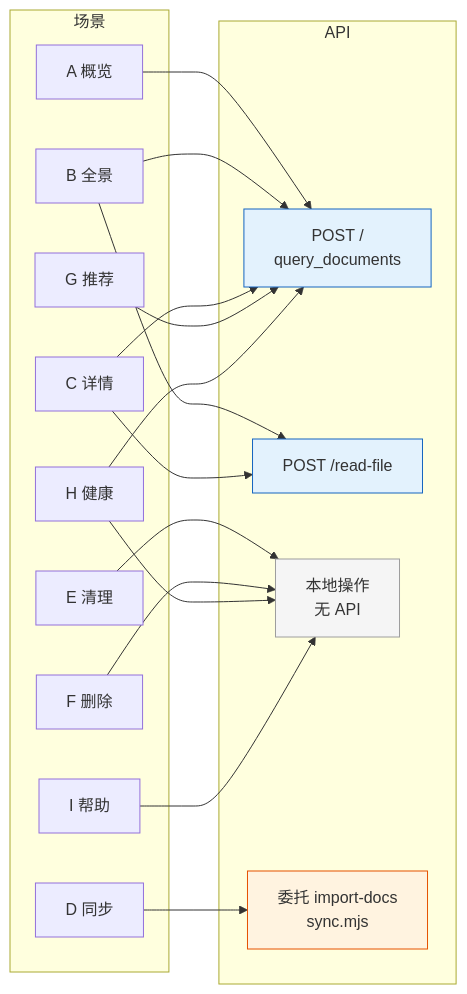
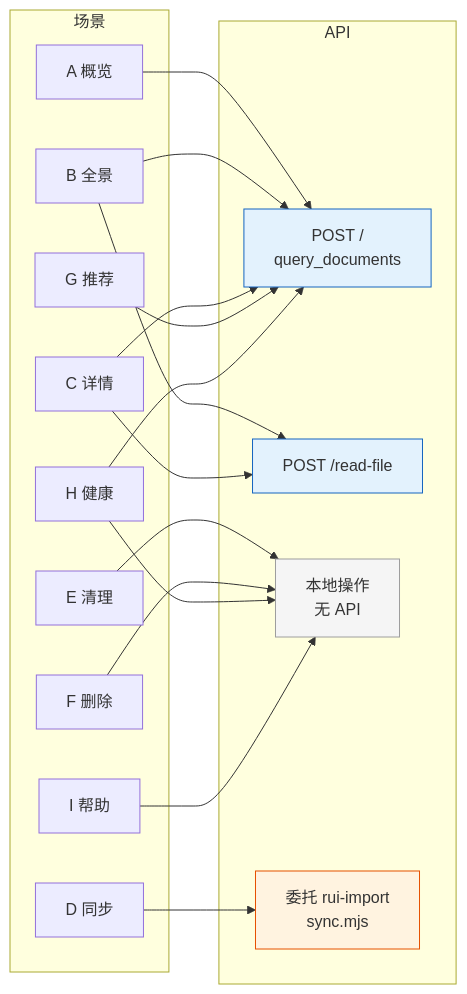
Diagram 11 of 11 in docs/故事任务面板/rui-story/YrY-使用场景.md (effiy/YrY), drawn with Mermaid before and after one commit. The commit also changed other lines of this file and 41 other files, not shown here.

````diff
--- a/docs/故事任务面板/rui-story/YrY-使用场景.md
+++ b/docs/故事任务面板/rui-story/YrY-使用场景.md
@@ -646,41 +646,41 @@
 ```mermaid
 flowchart LR
     subgraph 场景
         A["A 概览"]
         B["B 全景"]
         C["C 详情"]
         D["D 同步"]
         E["E 清理"]
         F["F 删除"]
         G["G 推荐"]
         H["H 健康"]
         I["I 帮助"]
     end
 
     subgraph API
         API1["POST /<br/>query_documents"]
         API2["POST /read-file"]
         LOCAL["本地操作<br/>无 API"]
-        IMPORT["委托 import-docs<br/>sync.mjs"]
+        IMPORT["委托 rui-import<br/>sync.mjs"]
     end
 
     A --> API1
     B --> API1
     B --> API2
     C --> API1
     C --> API2
     D --> IMPORT
     E --> LOCAL
     F --> LOCAL
     G --> API1
     H --> API1
     H --> LOCAL
     I --> LOCAL
 
     classDef api fill:#e3f2fd,stroke:#1565c0;
     classDef local fill:#f5f5f5,stroke:#9e9e9e;
     classDef import fill:#fff3e0,stroke:#e65100;
     class API1,API2 api;
     class LOCAL local;
     class IMPORT import;
 ```
````
